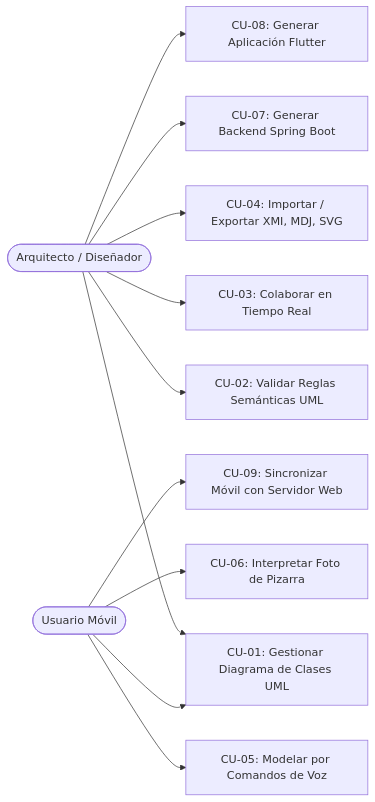
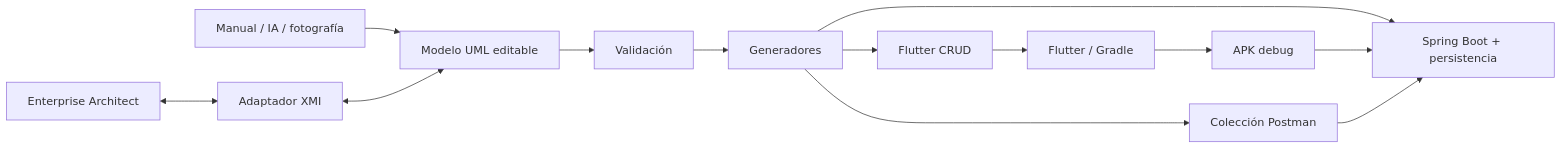
One commit to alecaballero17/generador-uml changed the second of 3 diagrams in docs/proceso_unificado_pud.md. Above: the diagram before and after it, drawn with Mermaid. The commit also changed other lines of this file and 61 other files, not shown here.

Commit message:
feat: publicar segunda fase con clases de asociacion y seguimiento

````diff
--- a/docs/proceso_unificado_pud.md
+++ b/docs/proceso_unificado_pud.md
@@ -65,14 +114,15 @@
 ```mermaid
-graph LR
-    User([Arquitecto / Diseñador]) --> CU01[CU-01: Gestionar Diagrama de Clases UML]
-    User --> CU02[CU-02: Validar Reglas Semánticas UML]
-    User --> CU03[CU-03: Colaborar en Tiempo Real]
-    User --> CU04[CU-04: Importar / Exportar XMI, MDJ, SVG]
-    User --> CU07[CU-07: Generar Backend Spring Boot]
-    User --> CU08[CU-08: Generar Aplicación Flutter]
-
-    MobileUser([Usuario Móvil]) --> CU01
-    MobileUser --> CU05[CU-05: Modelar por Comandos de Voz]
-    MobileUser --> CU06[CU-06: Interpretar Foto de Pizarra]
-    MobileUser --> CU09[CU-09: Sincronizar Móvil con Servidor Web]
+flowchart LR
+  Entrada[Manual / IA / fotografía] --> Modelo[Modelo UML editable]
+  EA[Enterprise Architect] <--> XMI[Adaptador XMI]
+  XMI <--> Modelo
+  Modelo --> Validar[Validación]
+  Validar --> Generar[Generadores]
+  Generar --> Backend[Spring Boot + persistencia]
+  Generar --> Cliente[Flutter CRUD]
+  Generar --> Postman[Colección Postman]
+  Cliente --> Build[Flutter / Gradle]
+  Build --> APK[APK debug]
+  APK --> Backend
+  Postman --> Backend
 ```
````
